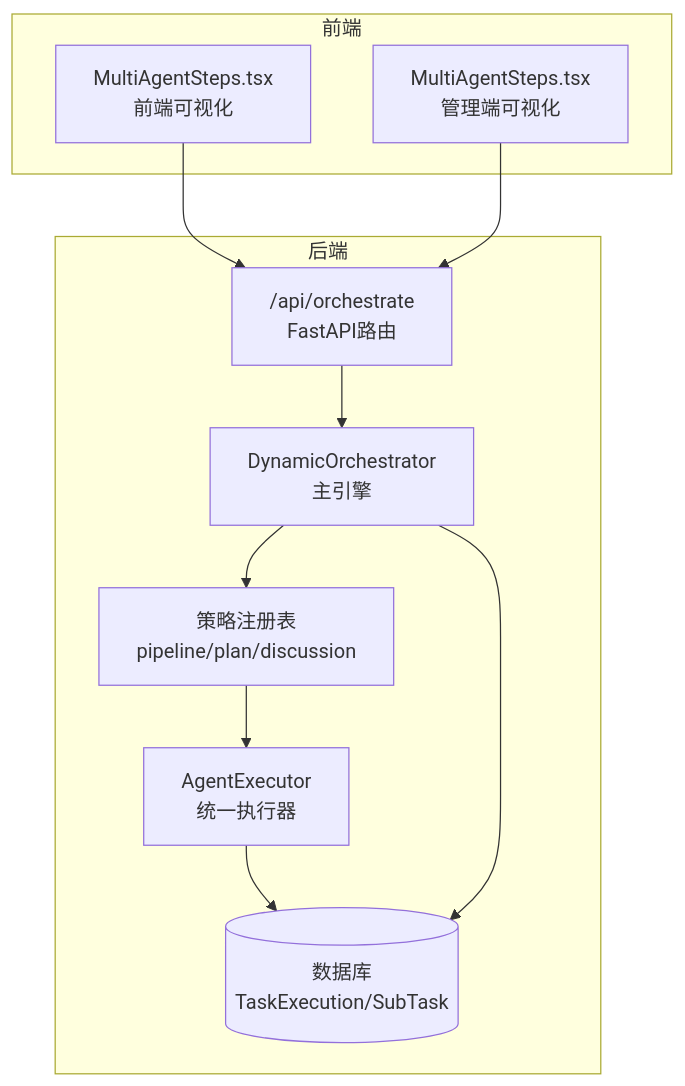
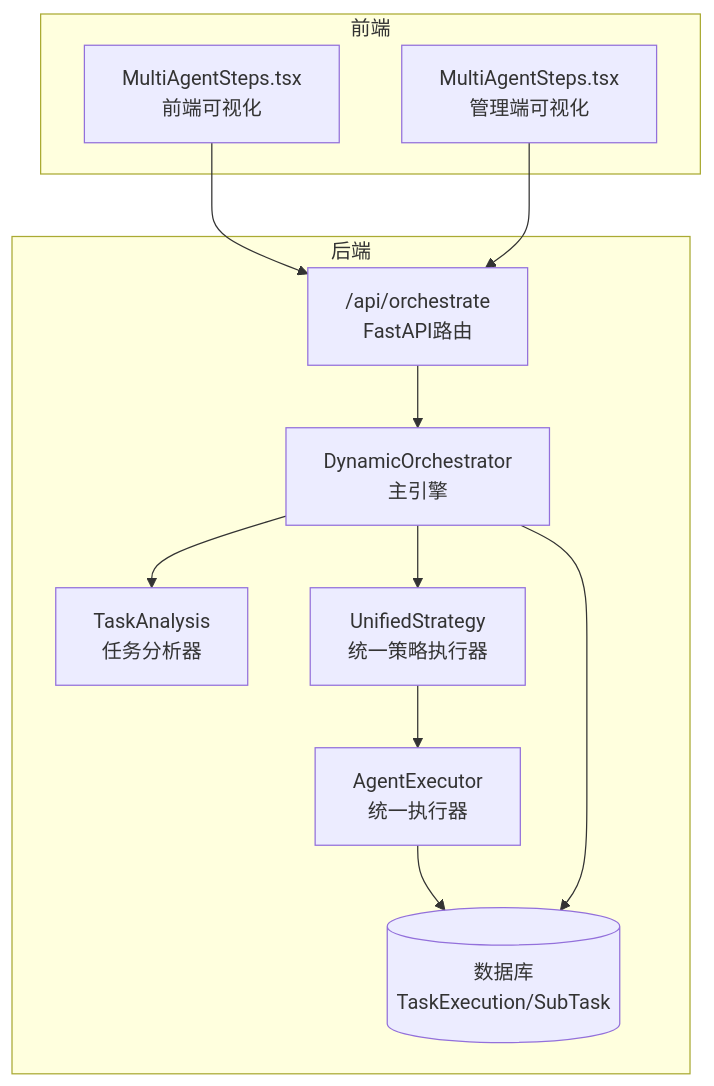
Before and after one commit to KunLabAI/KunFlix: the first of 8 diagrams in .qoder/repowiki/zh/content/后端服务架构/业务服务层/智能体执行服务/动态编排器.md, drawn with Mermaid. The commit also changed other lines of this file and 9 other files, not shown here.

````diff
--- a/.qoder/repowiki/zh/content/后端服务架构/业务服务层/智能体执行服务/动态编排器.md
+++ b/.qoder/repowiki/zh/content/后端服务架构/业务服务层/智能体执行服务/动态编排器.md
@@ -32,21 +42,23 @@
 ```mermaid
 graph TB
 subgraph "前端"
 FE1["MultiAgentSteps.tsx<br/>前端可视化"]
 FE2["MultiAgentSteps.tsx<br/>管理端可视化"]
 end
 subgraph "后端"
 API["/api/orchestrate<br/>FastAPI路由"]
 ORCH["DynamicOrchestrator<br/>主引擎"]
-STRAT["策略注册表<br/>pipeline/plan/discussion"]
+ANALYSIS["TaskAnalysis<br/>任务分析器"]
+UNIFIED["UnifiedStrategy<br/>统一策略执行器"]
 EXEC["AgentExecutor<br/>统一执行器"]
 DB[("数据库<br/>TaskExecution/SubTask")]
 end
 FE1 --> API
 FE2 --> API
 API --> ORCH
-ORCH --> STRAT
-STRAT --> EXEC
+ORCH --> ANALYSIS
+ORCH --> UNIFIED
+UNIFIED --> EXEC
 EXEC --> DB
 ORCH --> DB
 ```
````
